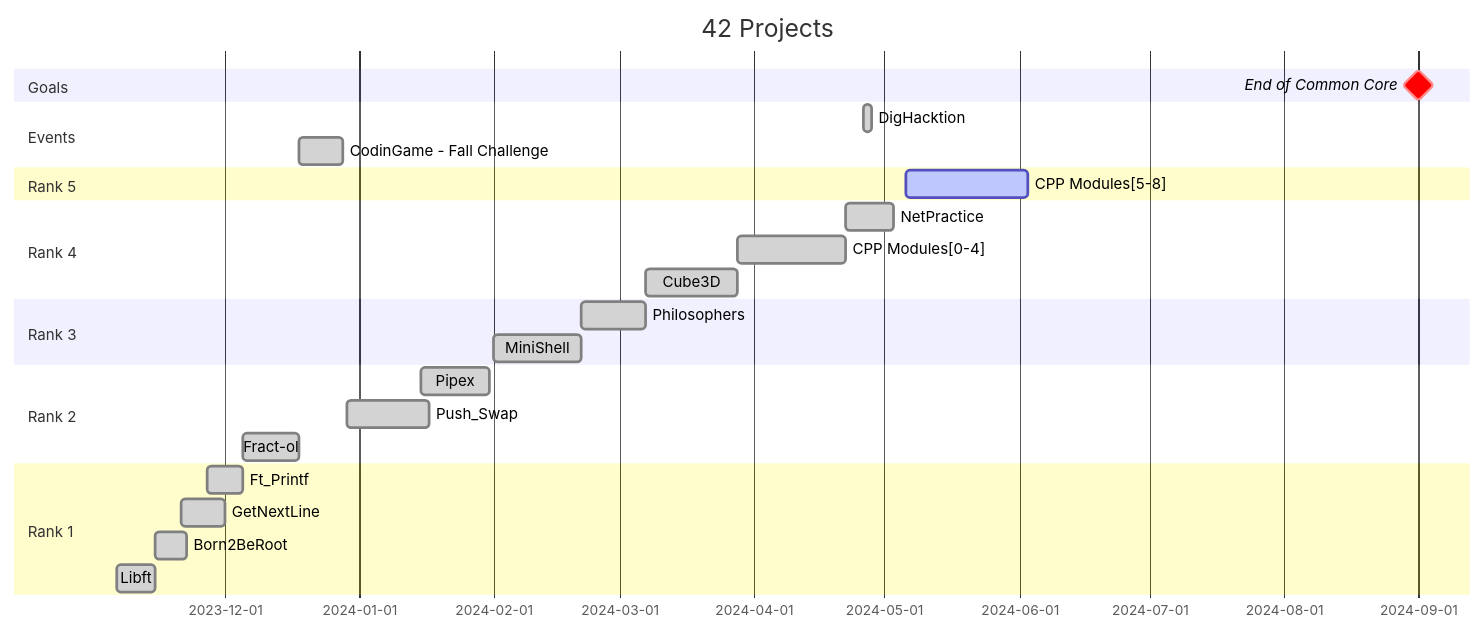
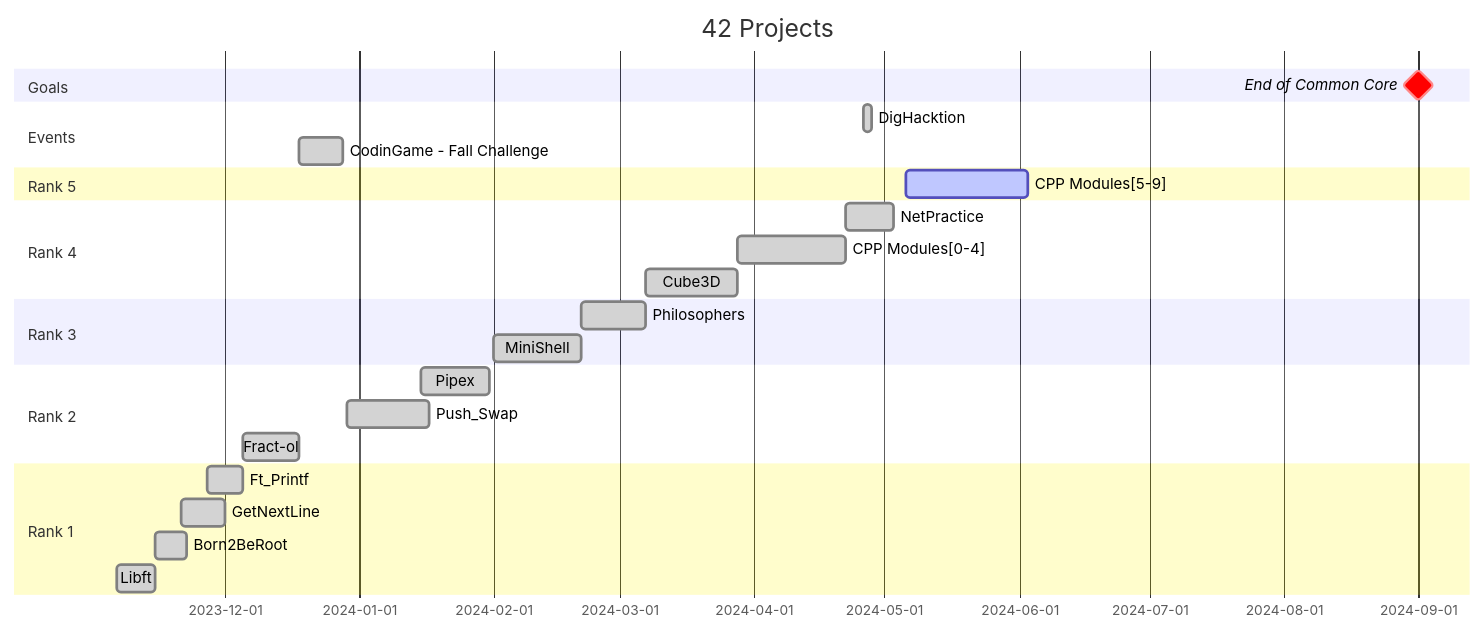
One commit to Tablerase/42_Projects changed the diagram in README.md. Above: the diagram before and after it, drawn with Mermaid. The commit also changed 1 other file, not shown here.

Commit message:
refact: change in syntax

````diff
--- a/README.md
+++ b/README.md
@@ -66,35 +66,35 @@
 ```mermaid
 gantt
     title 42 Projects
     dateFormat  YYYY-MM-DD
 
     section Goals
     End of Common Core : milestone, crit, m1, 2024-09-01, 1m
 
     section Events
     DigHacktion : done, 2024-04-26, 2024-04-28
     CodinGame - Fall Challenge :done, 2023-12-18, 2023-12-28
 
     section Rank 5
-    CPP Modules[5-8] : active, 2024-05-06, 4w
+    CPP Modules[5-9] : active, 2024-05-06, 4w
 
     section Rank 4
     NetPractice : done, 2024-04-22, 2024-05-03
     CPP Modules[0-4] : done, 2024-03-28, 2024-04-22
     Cube3D :done, 2024-03-07, 2024-03-28
   
     section Rank 3
     Philosophers :done, 2024-02-21, 2024-03-07
     MiniShell :done, 2024-02-01, 2024-02-21
 
     section Rank 2
     Pipex :done, 2024-01-15, 2024-01-31
     Push_Swap :done, 2023-12-29, 2024-01-17
     Fract-ol :done, 2023-12-05, 2023-12-18
 
     section Rank 1
     Ft_Printf :done, 2023-11-27, 2023-12-05
     GetNextLine :done, 2023-11-21, 2023-12-01
     Born2BeRoot :done, 2023-11-15, 2023-11-22
     Libft :done, 2023-11-06, 2023-11-15
 ```
````
